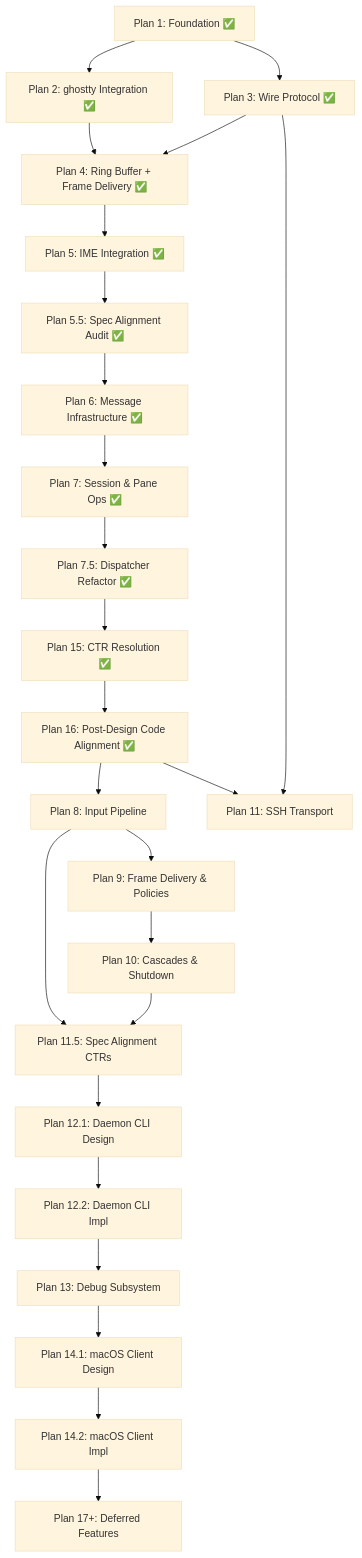
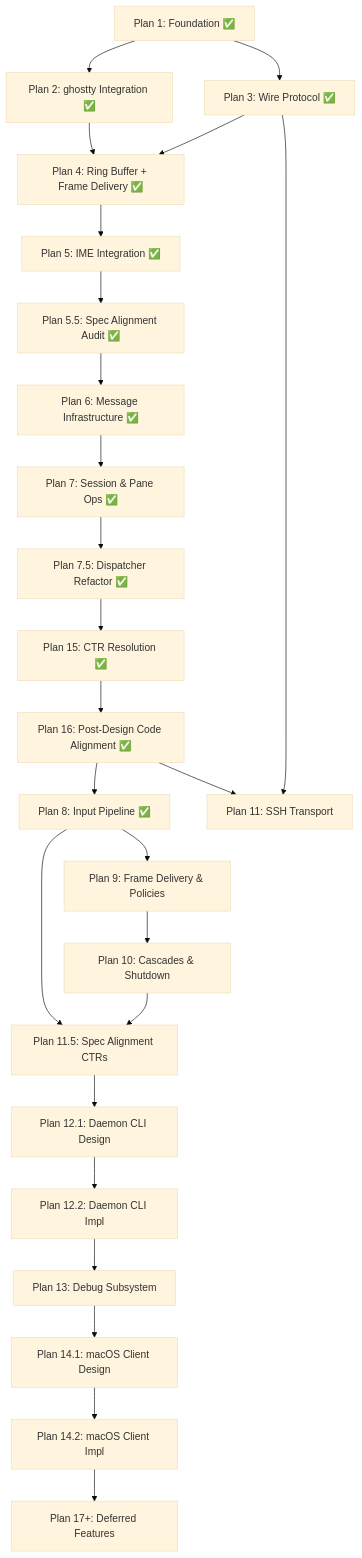
The diagram in docs/superpowers/plans/ROADMAP.md (powdream-org/it-shell3), drawn with Mermaid (base theme) before and after one commit. The commit also changed other lines of this file and 2 other files, not shown here.

First line of the commit message:
chore(plan8): clean up artifacts and update ROADMAP

````diff
--- a/docs/superpowers/plans/ROADMAP.md
+++ b/docs/superpowers/plans/ROADMAP.md
@@ -66,27 +66,27 @@
 ```mermaid
 graph TD
     P1["Plan 1: Foundation ✅"] --> P2["Plan 2: ghostty Integration ✅"]
     P1 --> P3["Plan 3: Wire Protocol ✅"]
     P2 --> P4["Plan 4: Ring Buffer + Frame Delivery ✅"]
     P3 --> P4
     P4 --> P5["Plan 5: IME Integration ✅"]
     P5 --> P5_5["Plan 5.5: Spec Alignment Audit ✅"]
     P5_5 --> P6["Plan 6: Message Infrastructure ✅"]
     P6 --> P7["Plan 7: Session & Pane Ops ✅"]
     P7 --> P7_5["Plan 7.5: Dispatcher Refactor ✅"]
     P7_5 --> P15["Plan 15: CTR Resolution ✅"]
     P15 --> P16["Plan 16: Post-Design Code Alignment ✅"]
-    P16 --> P8["Plan 8: Input Pipeline"]
+    P16 --> P8["Plan 8: Input Pipeline ✅"]
     P16 --> P11["Plan 11: SSH Transport"]
     P3 --> P11
     P8 --> P9["Plan 9: Frame Delivery & Policies"]
     P9 --> P10["Plan 10: Cascades & Shutdown"]
     P8 --> P11_5["Plan 11.5: Spec Alignment CTRs"]
     P10 --> P11_5
     P11_5 --> P12_1["Plan 12.1: Daemon CLI Design"]
     P12_1 --> P12_2["Plan 12.2: Daemon CLI Impl"]
     P12_2 --> P13["Plan 13: Debug Subsystem"]
     P13 --> P14_1["Plan 14.1: macOS Client Design"]
     P14_1 --> P14_2["Plan 14.2: macOS Client Impl"]
     P14_2 --> P17["Plan 17+: Deferred Features"]
 ```
````
